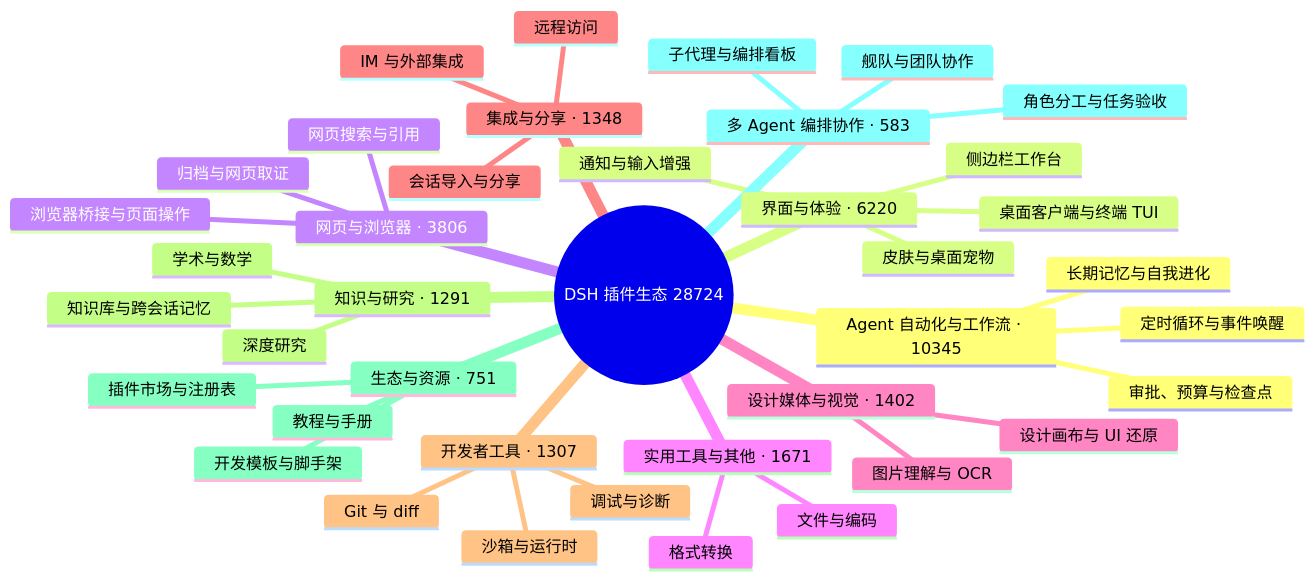
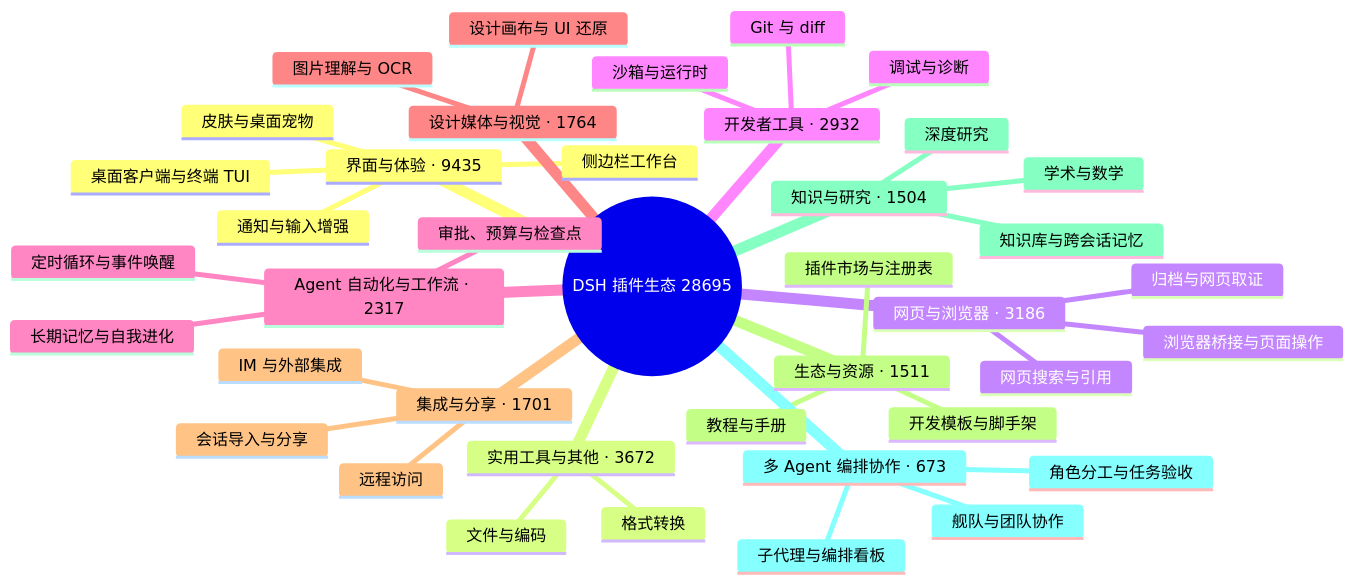
The diagram in README.md (bruc3van/awesome-dsh-plugin), drawn with Mermaid before and after one commit. The commit also changed other lines of this file and 33 other files, not shown here.

````diff
--- a/README.md
+++ b/README.md
@@ -40,43 +40,43 @@
 ```mermaid
 mindmap
-  root((DSH 插件生态 28724))
-    Agent 自动化与工作流 · 10345
-      定时循环与事件唤醒
-      长期记忆与自我进化
-      审批、预算与检查点
-    界面与体验 · 6220
+  root((DSH 插件生态 28695))
+    界面与体验 · 9435
       桌面客户端与终端 TUI
       侧边栏工作台
       皮肤与桌面宠物
       通知与输入增强
-    网页与浏览器 · 3806
+    实用工具与其他 · 3672
+      文件与编码
+      格式转换
+    网页与浏览器 · 3186
       浏览器桥接与页面操作
       网页搜索与引用
       归档与网页取证
-    实用工具与其他 · 1671
-      文件与编码
-      格式转换
-    设计媒体与视觉 · 1402
+    开发者工具 · 2932
+      Git 与 diff
+      沙箱与运行时
+      调试与诊断
+    Agent 自动化与工作流 · 2317
+      定时循环与事件唤醒
+      长期记忆与自我进化
+      审批、预算与检查点
+    设计媒体与视觉 · 1764
       图片理解与 OCR
       设计画布与 UI 还原
-    集成与分享 · 1348
+    集成与分享 · 1701
       会话导入与分享
       远程访问
       IM 与外部集成
-    开发者工具 · 1307
-      Git 与 diff
-      沙箱与运行时
-      调试与诊断
-    知识与研究 · 1291
+    生态与资源 · 1511
+      插件市场与注册表
+      开发模板与脚手架
+      教程与手册
+    知识与研究 · 1504
       知识库与跨会话记忆
       深度研究
       学术与数学
-    生态与资源 · 751
-      插件市场与注册表
-      开发模板与脚手架
-      教程与手册
-    多 Agent 编排协作 · 583
+    多 Agent 编排协作 · 673
       子代理与编排看板
       舰队与团队协作
       角色分工与任务验收
 ```
````
